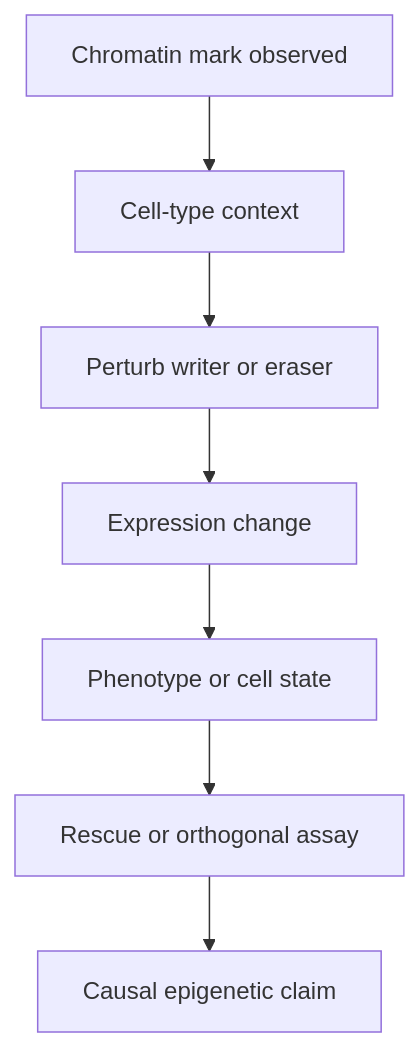
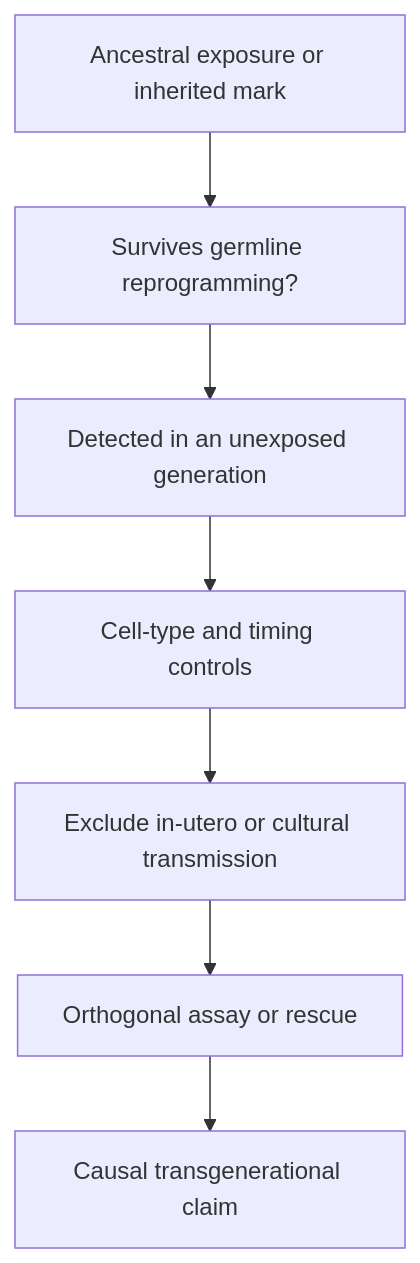
Before and after one commit to docxology/biology_textbook: the third of 3 diagrams in manuscript/unit_IV/epigenetic_inheritance_and_disease.md, drawn with Mermaid. The commit also changed other lines of this file and 167 other files, not shown here.

First line of the commit message:
RedTeam v1 remediation: de-contaminate immune chapter, fix over-claims/citations, clean question banks; + figure-expansion pass

````diff
--- a/manuscript/unit_IV/epigenetic_inheritance_and_disease.md
+++ b/manuscript/unit_IV/epigenetic_inheritance_and_disease.md
@@ -407,9 +409,9 @@
 ```mermaid
 flowchart TD
-    A["Chromatin mark observed"] --> B["Cell-type context"]
-    B --> C["Perturb writer or eraser"]
-    C --> D["Expression change"]
-    D --> E["Phenotype or cell state"]
-    E --> F["Rescue or orthogonal assay"]
-    F --> G["Causal epigenetic claim"]
+    A["Ancestral exposure or inherited mark"] --> B["Survives germline reprogramming?"]
+    B --> C["Detected in an unexposed generation"]
+    C --> D["Cell-type and timing controls"]
+    D --> E["Exclude in-utero or cultural transmission"]
+    E --> F["Orthogonal assay or rescue"]
+    F --> G["Causal transgenerational claim"]
 ```
````
